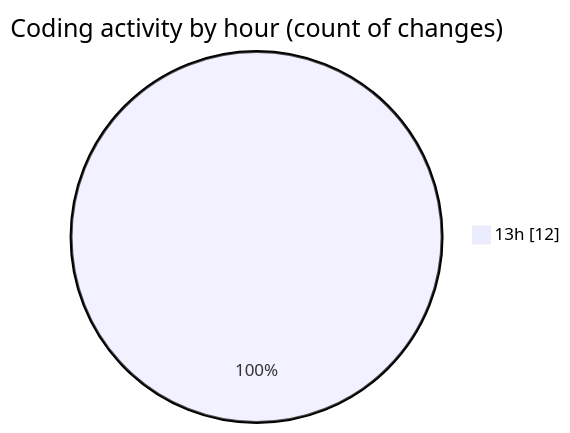
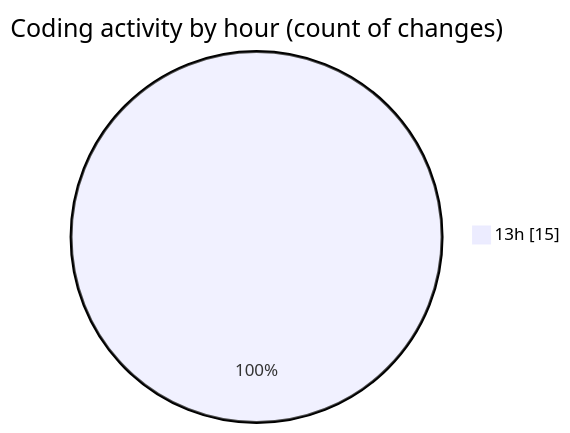
Before and after one commit to BS-eng2023/code-tracking: the second of 2 diagrams in 2025-05-01/go/README.md, drawn with Mermaid. The commit also changed other lines of this file and 1 other file, not shown here.

````diff
--- a/2025-05-01/go/README.md
+++ b/2025-05-01/go/README.md
@@ -31,5 +31,5 @@
 ```mermaid
 pie showData
 title Coding activity by hour (count of changes)
-"13h" : 12
+"13h" : 15
 ```
````
